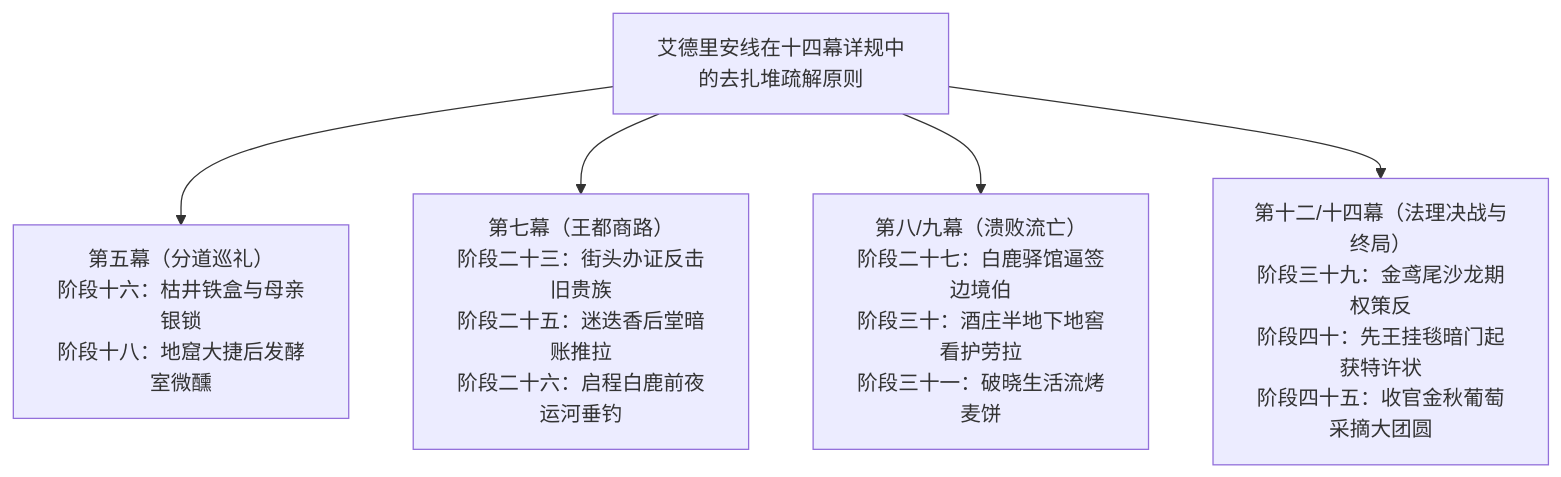
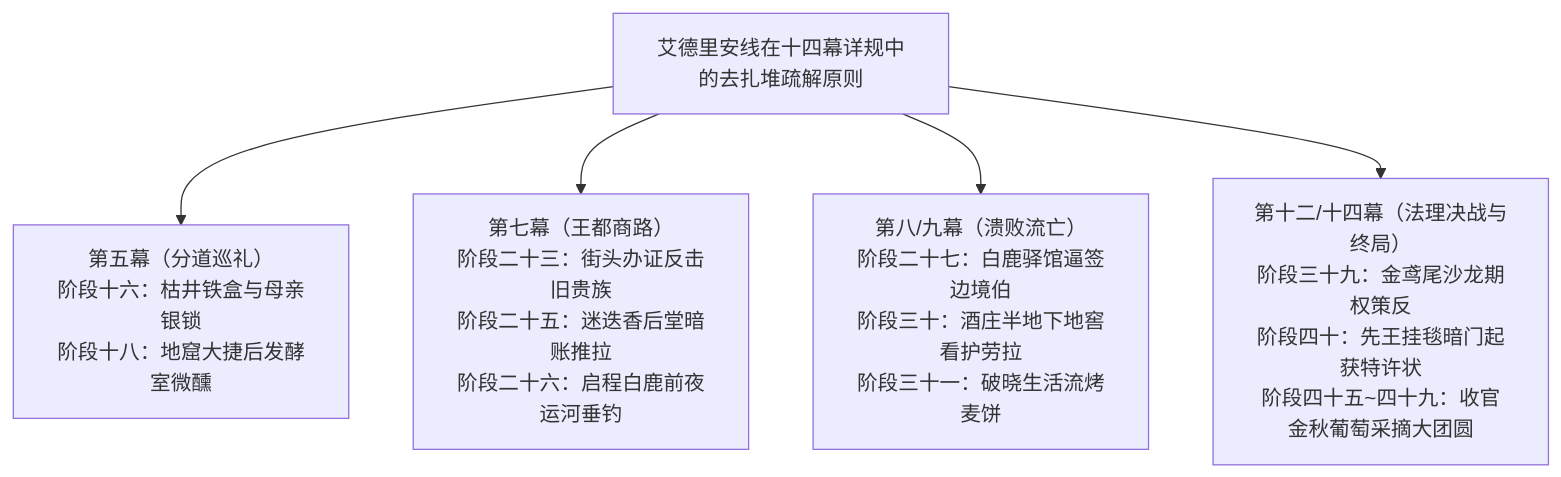
One commit to soranokiseki1437/eldoria-worldbook changed the first of 2 diagrams in 方案/第二部/主线与世界扩充方案/艾德里安主线剧情扩充大纲与意见建议.md. Above: the diagram before and after it, drawn with Mermaid. The commit also changed other lines of this file and 25 other files, not shown here.

````diff
--- a/方案/第二部/主线与世界扩充方案/艾德里安主线剧情扩充大纲与意见建议.md
+++ b/方案/第二部/主线与世界扩充方案/艾德里安主线剧情扩充大纲与意见建议.md
@@ -31,8 +31,8 @@
 ```mermaid
 graph TD
     A["艾德里安线在十四幕详规中的去扎堆疏解原则"]
     A --> B["第五幕（分道巡礼）<br/>阶段十六：枯井铁盒与母亲银锁<br/>阶段十八：地窟大捷后发酵室微醺"]
     A --> C["第七幕（王都商路）<br/>阶段二十三：街头办证反击旧贵族<br/>阶段二十五：迷迭香后堂暗账推拉<br/>阶段二十六：启程白鹿前夜运河垂钓"]
     A --> D["第八/九幕（溃败流亡）<br/>阶段二十七：白鹿驿馆逼签边境伯<br/>阶段三十：酒庄半地下地窖看护劳拉<br/>阶段三十一：破晓生活流烤麦饼"]
-    A --> E["第十二/十四幕（法理决战与终局）<br/>阶段三十九：金鸢尾沙龙期权策反<br/>阶段四十：先王挂毯暗门起获特许状<br/>阶段四十五：收官金秋葡萄采摘大团圆"]
+    A --> E["第十二/十四幕（法理决战与终局）<br/>阶段三十九：金鸢尾沙龙期权策反<br/>阶段四十：先王挂毯暗门起获特许状<br/>阶段四十五~四十九：收官金秋葡萄采摘大团圆"]
 ```
````
